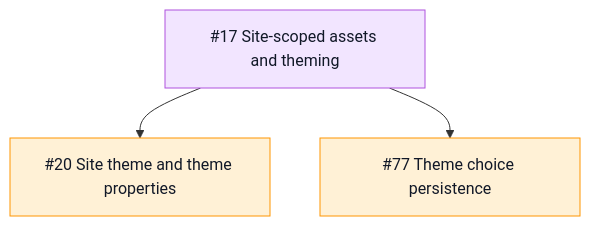
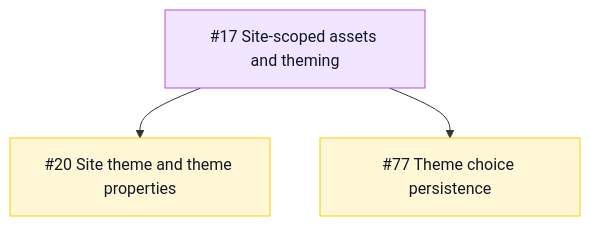
Before and after one commit to TileDown/tile-down: the fourth of 9 diagrams in README.md, drawn with Mermaid. The commit also changed other lines of this file and 1 other file, not shown here.

Commit message:
test(site): cover migrated article slugs

````diff
--- a/README.md
+++ b/README.md
@@ -100,9 +103,10 @@
 ```mermaid
 flowchart TD
   Epic["#17 Site-scoped assets and theming"]:::epic
-  Epic --> Theme["#20 Site theme and theme properties"]:::todo
-  Epic --> Persistence["#77 Theme choice persistence"]:::todo
+  Epic --> Theme["#20 Site theme and theme properties"]:::review
+  Epic --> Persistence["#77 Theme choice persistence"]:::review
 
+  classDef review fill:#fff7d6,stroke:#ffcc00,color:#111827
   classDef epic fill:#f2e5ff,stroke:#af52de,color:#111827
-  classDef todo fill:#fff1d6,stroke:#ff9500,color:#111827
+  classDef todo fill:#f2f4f7,stroke:#8e8e93,color:#111827
 ```
````
